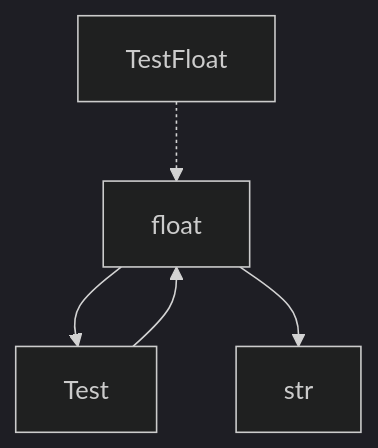
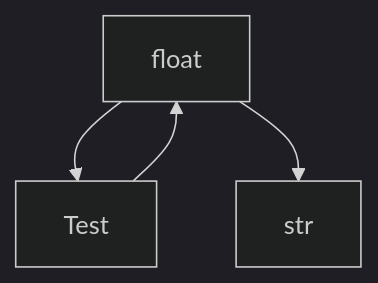
One commit to luxuncang/typegraph changed the third of 3 diagrams in README-zh.md. Above: the diagram before and after it, drawn with Mermaid (dark theme). The commit also changed other lines of this file and 3 other files, not shown here.

````diff
--- a/README-zh.md
+++ b/README-zh.md
@@ -264,7 +260,6 @@
 ```mermaid
 graph TD;
 float-->Test
 float-->str
 Test-->float
-TestFloat-.->float
 ```
````
